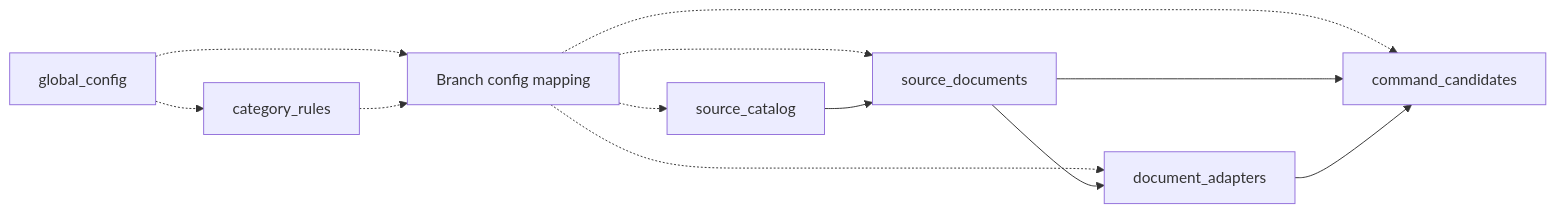
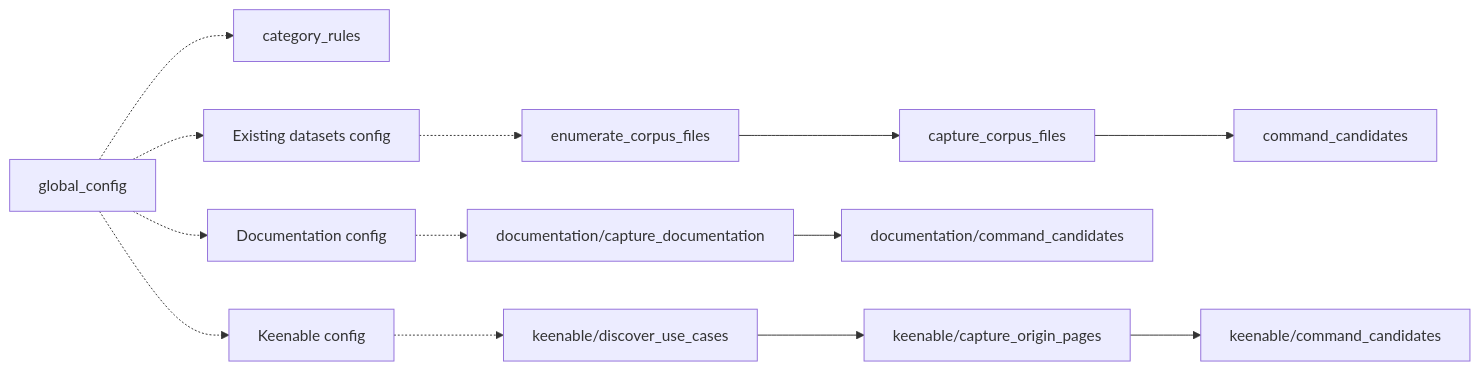
The first of 2 diagrams in docs/architecture/cat3-collection-flow.md (AI-Security-Lab-CodeBench/workflows), drawn with Mermaid before and after one commit. The commit also changed other lines of this file and 48 other files, not shown here.

````diff
--- a/docs/architecture/cat3-collection-flow.md
+++ b/docs/architecture/cat3-collection-flow.md
@@ -10,14 +9,13 @@
 ```mermaid
 flowchart LR
   G[global_config] -.-> R[category_rules]
-  G -.-> M[Branch config mapping]
-  R -.-> M
-  M -.-> C[source_catalog]
-  M -.-> D[source_documents]
-  M -.-> A[document_adapters]
-  M -.-> O[command_candidates]
-  C --> D
-  D --> A
-  D --> O
-  A --> O
+  G -.-> DS[Existing datasets config]
+  G -.-> DC[Documentation config]
+  G -.-> KC[Keenable config]
+  DS -.-> I[enumerate_corpus_files]
+  I --> C[capture_corpus_files] --> X[command_candidates]
+  DC -.-> D[documentation/capture_documentation]
+  D --> Y[documentation/command_candidates]
+  KC -.-> S[keenable/discover_use_cases]
+  S --> P[keenable/capture_origin_pages] --> Z[keenable/command_candidates]
 ```
````
